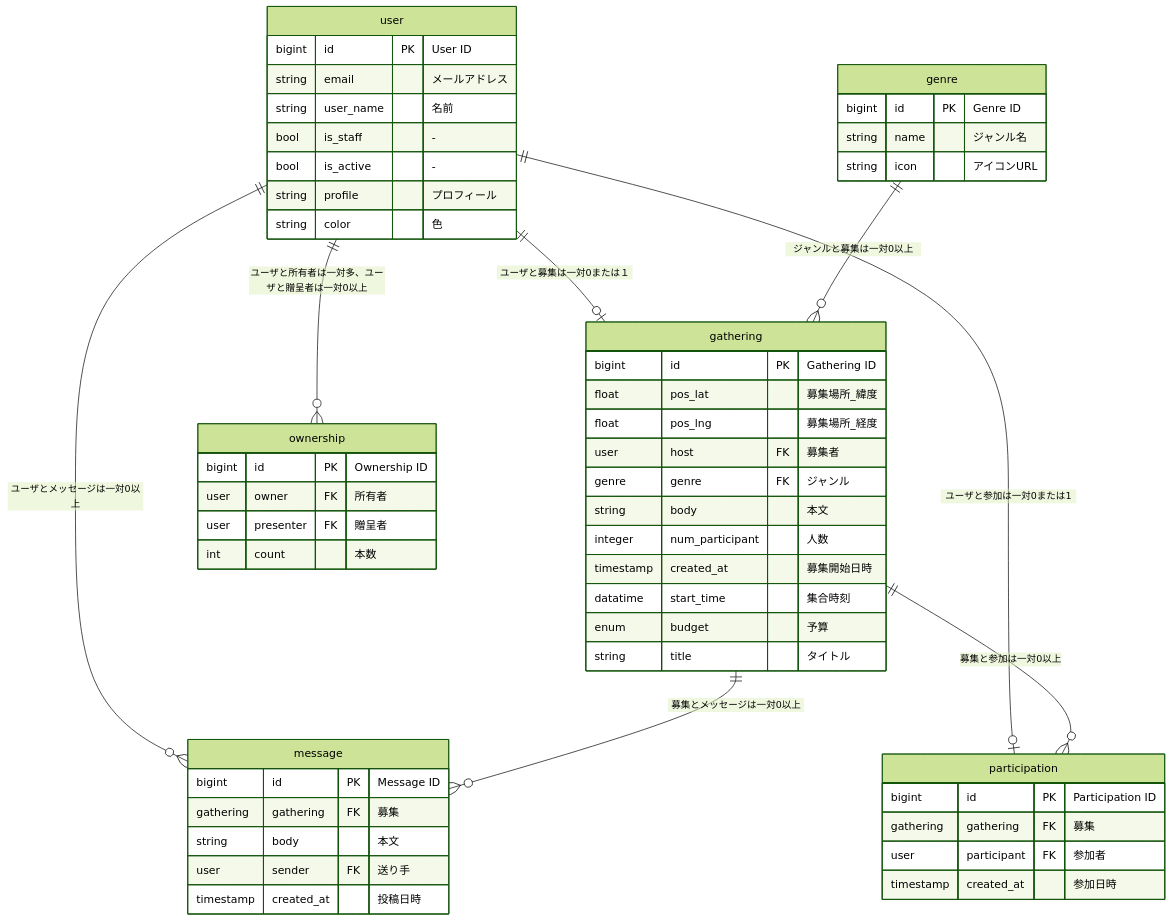
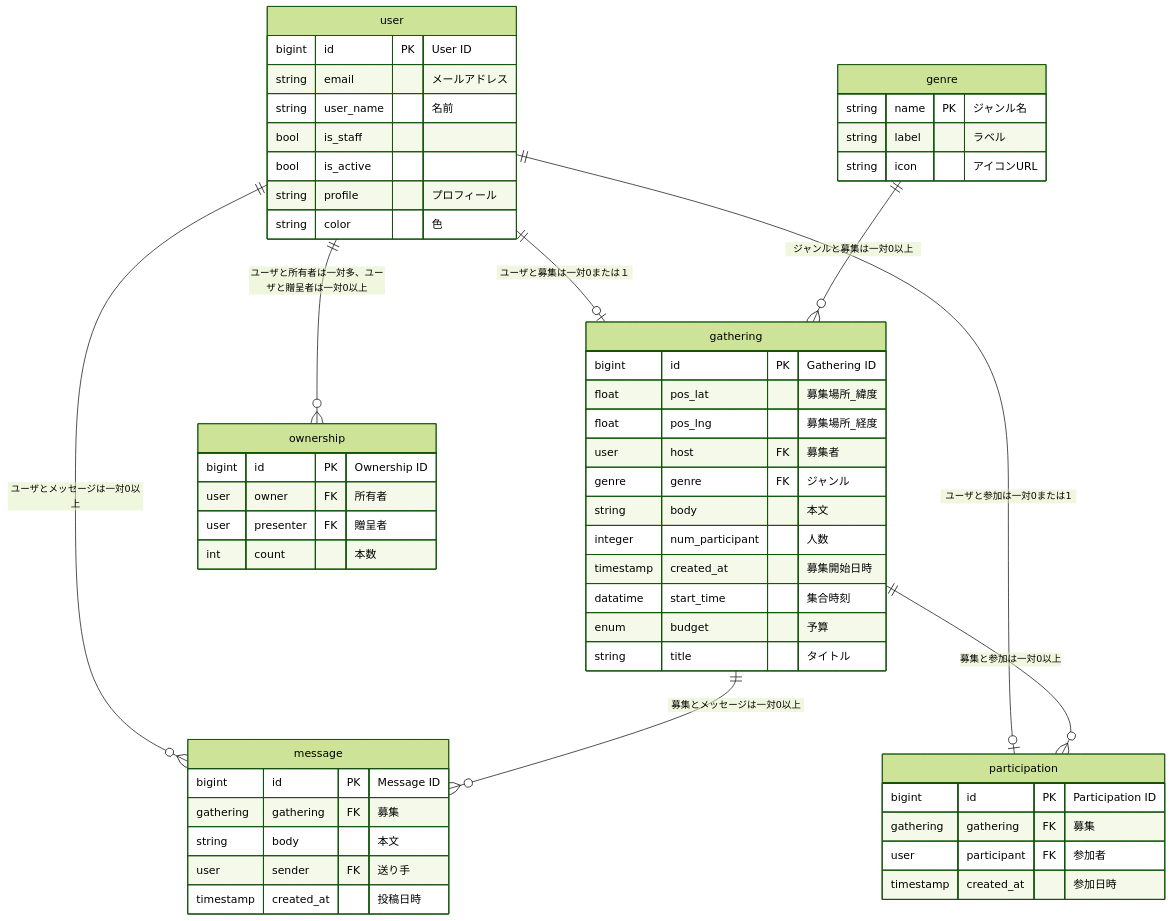
The diagram in README.md (team-yurubo/yuruboo), drawn with Mermaid (forest theme) before and after one commit.

Commit message:
Change ER diagram

````diff
--- a/README.md
+++ b/README.md
@@ -5,62 +5,62 @@
 ```mermaid
 erDiagram
   user ||--o| gathering : "ユーザと募集は一対0または１"
   user ||--o{ message : "ユーザとメッセージは一対0以上"
   user ||--o| participation : "ユーザと参加は一対0または1"
   user ||--o{ ownership : "ユーザと所有者は一対多、ユーザと贈呈者は一対0以上"
   genre ||--o{ gathering : "ジャンルと募集は一対0以上"
   gathering ||--o{ message : "募集とメッセージは一対0以上"
   gathering ||--o{ participation : "募集と参加は一対0以上"
   
   user {
     bigint id PK "User ID"
     string email "メールアドレス"
     string user_name "名前"
-    bool is_staff "-"
-    bool is_active "-"
+    bool is_staff ""
+    bool is_active ""
     string profile "プロフィール"
     string color "色"
   }
 
   genre {
-    bigint id PK "Genre ID"
-    string name "ジャンル名"
+    string name PK "ジャンル名"
+    string label "ラベル"
     string icon "アイコンURL"
   }
 
   gathering {
     bigint id PK "Gathering ID"
     float pos_lat "募集場所_緯度"
     float pos_lng "募集場所_経度"
     user host FK "募集者"
     genre genre FK "ジャンル"
     string body "本文"
     integer num_participant "人数"
     timestamp created_at "募集開始日時"
     datatime start_time "集合時刻"
     enum budget "予算"
     string title "タイトル"
   }
 
   message {
     bigint id PK "Message ID"
     gathering gathering FK "募集"
     string body "本文"
     user sender FK "送り手"
     timestamp created_at "投稿日時"
   }
 
   participation {
     bigint id PK "Participation ID"
     gathering gathering FK "募集"
     user participant FK "参加者"
     timestamp created_at "参加日時"
   }
 
   ownership {
     bigint id PK "Ownership ID"
     user owner FK "所有者"
     user presenter FK "贈呈者"
     int count "本数"
   }
 ```
````
